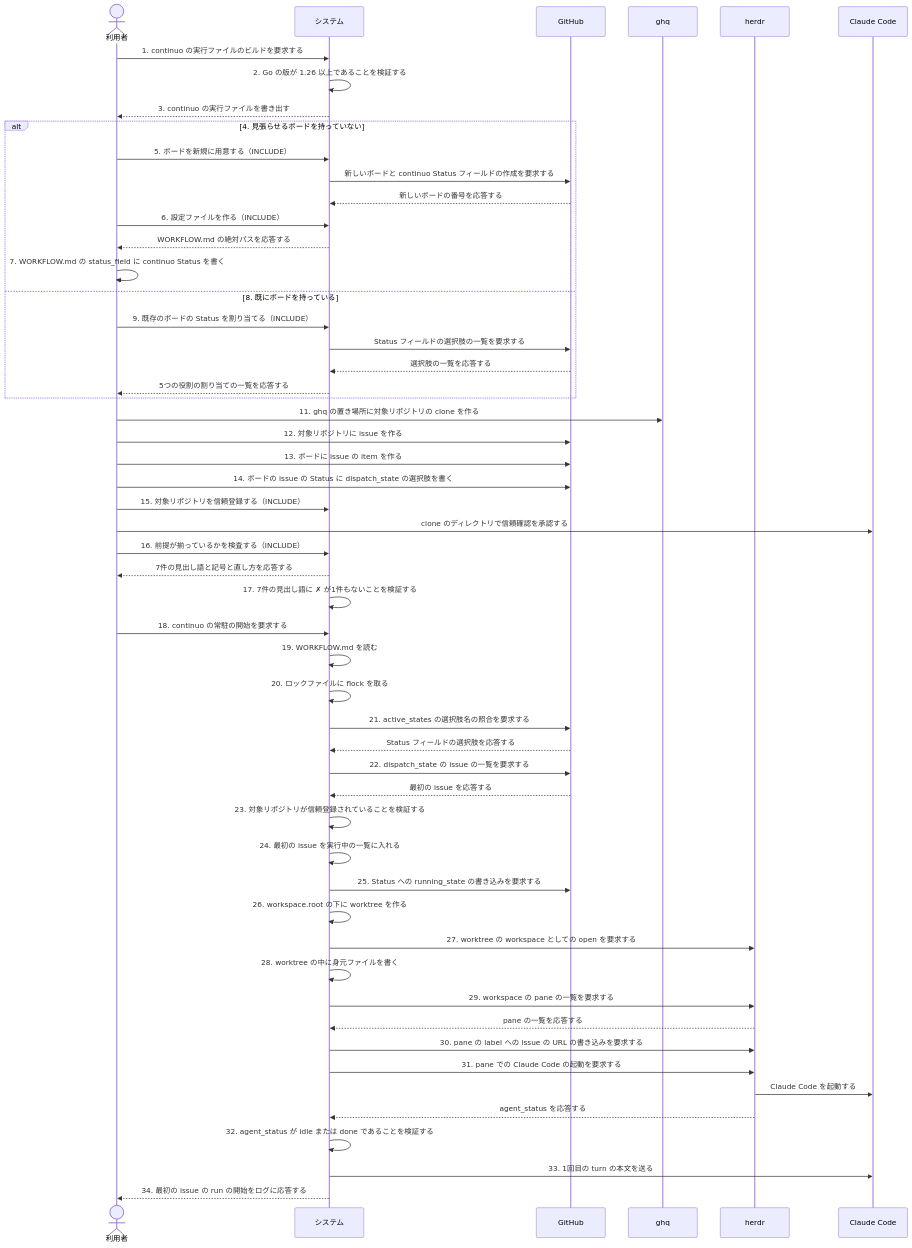
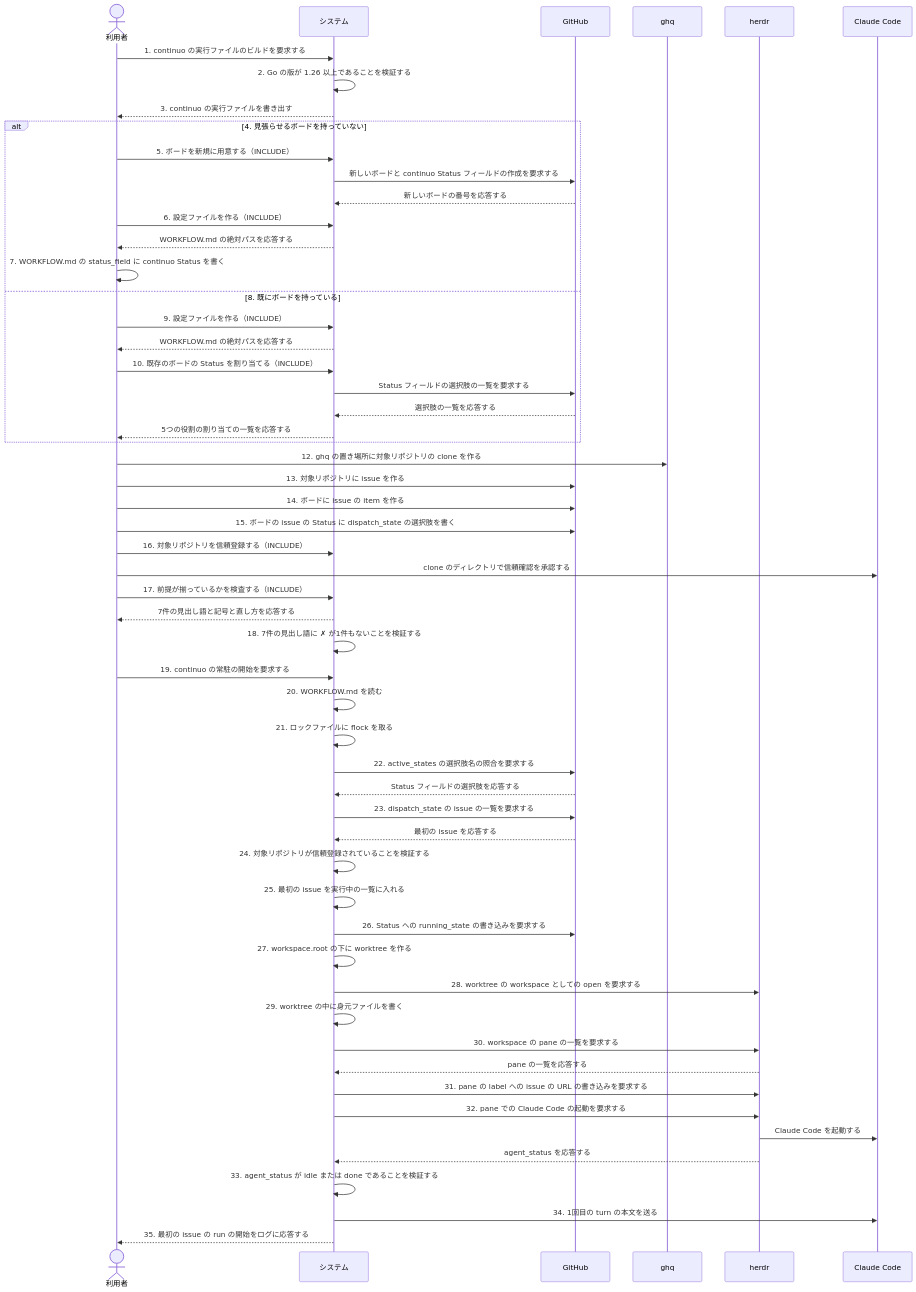
One commit to maimuzo/continuo changed the second of 2 diagrams in docs/spec/usecases/scenario/はじめて continuo を動かせるようにする.rucm.md. Above: the diagram before and after it, drawn with Mermaid. The commit also changed other lines of this file and 25 other files, not shown here.

````diff
--- a/docs/spec/usecases/scenario/はじめて continuo を動かせるようにする.rucm.md
+++ b/docs/spec/usecases/scenario/はじめて continuo を動かせるようにする.rucm.md
@@ -175,61 +177,63 @@
 ```mermaid
 sequenceDiagram
     actor U as 利用者
     participant S as システム
     participant GH as GitHub
     participant Q as ghq
     participant H as herdr
     participant CC as Claude Code
 
     U->>S: 1. continuo の実行ファイルのビルドを要求する
     S->>S: 2. Go の版が 1.26 以上であることを検証する
     S-->>U: 3. continuo の実行ファイルを書き出す
 
     alt 4. 見張らせるボードを持っていない
         U->>S: 5. ボードを新規に用意する（INCLUDE）
         S->>GH: 新しいボードと continuo Status フィールドの作成を要求する
         GH-->>S: 新しいボードの番号を応答する
         U->>S: 6. 設定ファイルを作る（INCLUDE）
         S-->>U: WORKFLOW.md の絶対パスを応答する
         U->>U: 7. WORKFLOW.md の status_field に continuo Status を書く
     else 8. 既にボードを持っている
-        U->>S: 9. 既存のボードの Status を割り当てる（INCLUDE）
+        U->>S: 9. 設定ファイルを作る（INCLUDE）
+        S-->>U: WORKFLOW.md の絶対パスを応答する
+        U->>S: 10. 既存のボードの Status を割り当てる（INCLUDE）
         S->>GH: Status フィールドの選択肢の一覧を要求する
         GH-->>S: 選択肢の一覧を応答する
         S-->>U: 5つの役割の割り当ての一覧を応答する
     end
 
-    U->>Q: 11. ghq の置き場所に対象リポジトリの clone を作る
-    U->>GH: 12. 対象リポジトリに issue を作る
-    U->>GH: 13. ボードに issue の item を作る
-    U->>GH: 14. ボードの issue の Status に dispatch_state の選択肢を書く
+    U->>Q: 12. ghq の置き場所に対象リポジトリの clone を作る
+    U->>GH: 13. 対象リポジトリに issue を作る
+    U->>GH: 14. ボードに issue の item を作る
+    U->>GH: 15. ボードの issue の Status に dispatch_state の選択肢を書く
 
-    U->>S: 15. 対象リポジトリを信頼登録する（INCLUDE）
+    U->>S: 16. 対象リポジトリを信頼登録する（INCLUDE）
     U->>CC: clone のディレクトリで信頼確認を承認する
-    U->>S: 16. 前提が揃っているかを検査する（INCLUDE）
+    U->>S: 17. 前提が揃っているかを検査する（INCLUDE）
     S-->>U: 7件の見出し語と記号と直し方を応答する
-    S->>S: 17. 7件の見出し語に ✗ が1件もないことを検証する
+    S->>S: 18. 7件の見出し語に ✗ が1件もないことを検証する
 
-    U->>S: 18. continuo の常駐の開始を要求する
-    S->>S: 19. WORKFLOW.md を読む
-    S->>S: 20. ロックファイルに flock を取る
-    S->>GH: 21. active_states の選択肢名の照合を要求する
+    U->>S: 19. continuo の常駐の開始を要求する
+    S->>S: 20. WORKFLOW.md を読む
+    S->>S: 21. ロックファイルに flock を取る
+    S->>GH: 22. active_states の選択肢名の照合を要求する
     GH-->>S: Status フィールドの選択肢を応答する
-    S->>GH: 22. dispatch_state の issue の一覧を要求する
+    S->>GH: 23. dispatch_state の issue の一覧を要求する
     GH-->>S: 最初の issue を応答する
-    S->>S: 23. 対象リポジトリが信頼登録されていることを検証する
-    S->>S: 24. 最初の issue を実行中の一覧に入れる
-    S->>GH: 25. Status への running_state の書き込みを要求する
-    S->>S: 26. workspace.root の下に worktree を作る
-    S->>H: 27. worktree の workspace としての open を要求する
-    S->>S: 28. worktree の中に身元ファイルを書く
-    S->>H: 29. workspace の pane の一覧を要求する
+    S->>S: 24. 対象リポジトリが信頼登録されていることを検証する
+    S->>S: 25. 最初の issue を実行中の一覧に入れる
+    S->>GH: 26. Status への running_state の書き込みを要求する
+    S->>S: 27. workspace.root の下に worktree を作る
+    S->>H: 28. worktree の workspace としての open を要求する
+    S->>S: 29. worktree の中に身元ファイルを書く
+    S->>H: 30. workspace の pane の一覧を要求する
     H-->>S: pane の一覧を応答する
-    S->>H: 30. pane の label への issue の URL の書き込みを要求する
-    S->>H: 31. pane での Claude Code の起動を要求する
+    S->>H: 31. pane の label への issue の URL の書き込みを要求する
+    S->>H: 32. pane での Claude Code の起動を要求する
     H->>CC: Claude Code を起動する
     H-->>S: agent_status を応答する
-    S->>S: 32. agent_status が idle または done であることを検証する
-    S->>CC: 33. 1回目の turn の本文を送る
-    S-->>U: 34. 最初の issue の run の開始をログに応答する
+    S->>S: 33. agent_status が idle または done であることを検証する
+    S->>CC: 34. 1回目の turn の本文を送る
+    S-->>U: 35. 最初の issue の run の開始をログに応答する
 ```
````
